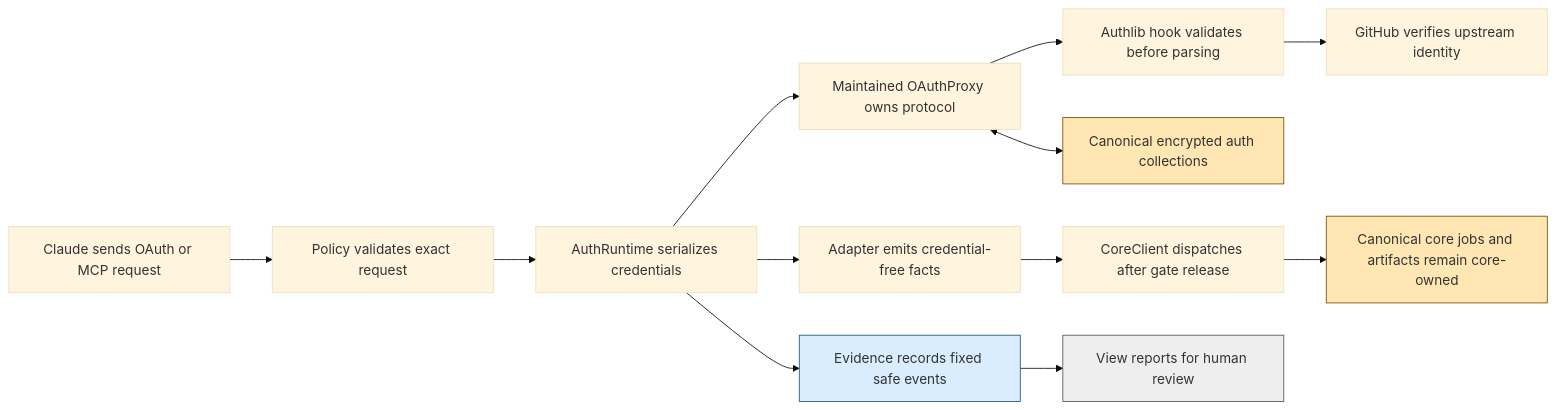
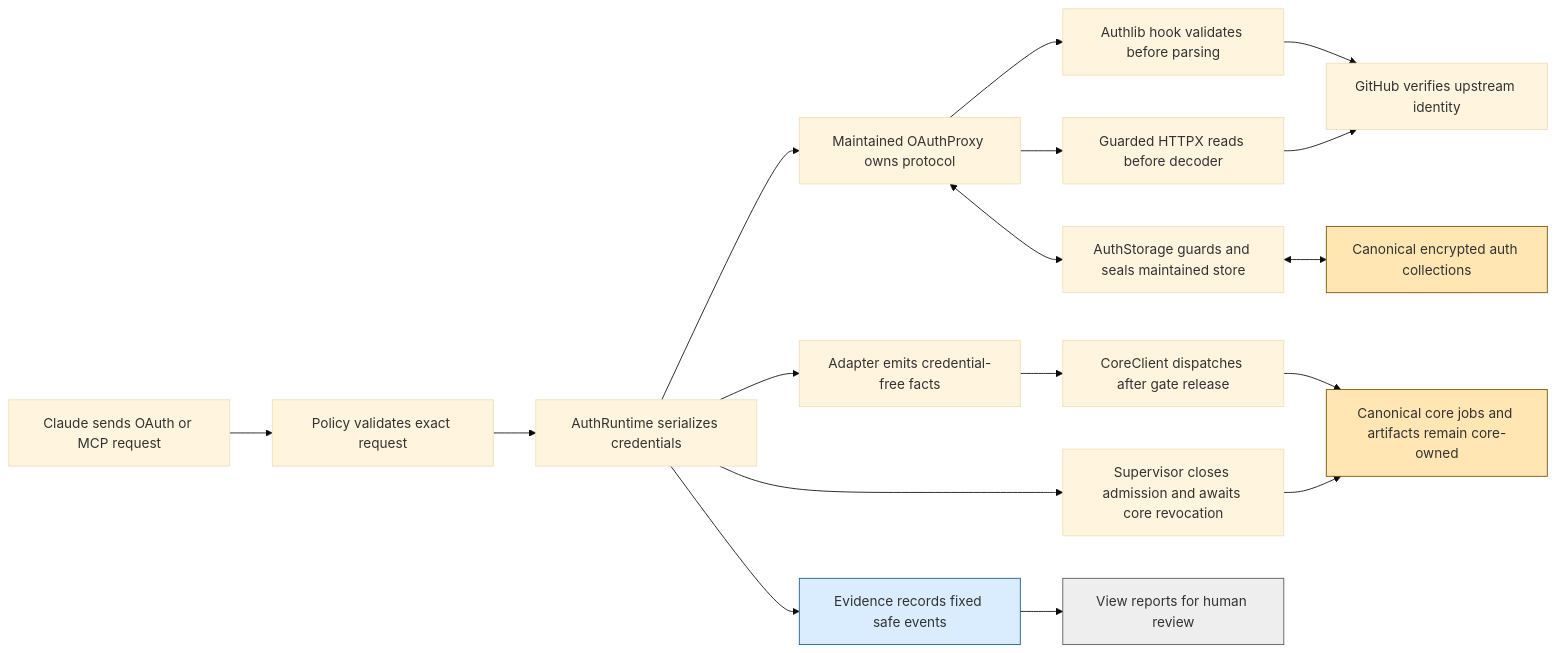
Before and after one commit to 4list233/CortadOS-Router: the first of 3 diagrams in docs/mcp-worker/COWORK-AUTH-009.md, drawn with Mermaid (base theme). The commit also changed other lines of this file and 1 other file, not shown here.

Commit message:
docs: freeze OAuth transport storage and supervisor draft interfaces

````diff
--- a/docs/mcp-worker/COWORK-AUTH-009.md
+++ b/docs/mcp-worker/COWORK-AUTH-009.md
@@ -163,20 +163,25 @@
 ```mermaid
 flowchart LR
   C["Claude sends OAuth or MCP request"] --> P["Policy validates exact request"]
   P --> G["AuthRuntime serializes credentials"]
   G --> M["Maintained OAuthProxy owns protocol"]
   M --> H["Authlib hook validates before parsing"]
   H --> U["GitHub verifies upstream identity"]
-  M <--> S["Canonical encrypted auth collections"]
+  M <--> ST["AuthStorage guards and seals maintained store"]
+  ST <--> S["Canonical encrypted auth collections"]
+  M --> T["Guarded HTTPX reads before decoder"]
+  T --> U
   G --> A["Adapter emits credential-free facts"]
   A --> I["CoreClient dispatches after gate release"]
   I --> D["Canonical core jobs and artifacts remain core-owned"]
+  G --> SUP["Supervisor closes admission and awaits core revocation"]
+  SUP --> D
   G --> E["Evidence records fixed safe events"]
   E --> V["View reports for human review"]
   classDef canonical fill:#ffe6b3,stroke:#745000
   classDef evidence fill:#d9edff,stroke:#195681
   classDef view fill:#eeeeee,stroke:#555555
   class S,D canonical
   class E evidence
   class V view
 ```
````
